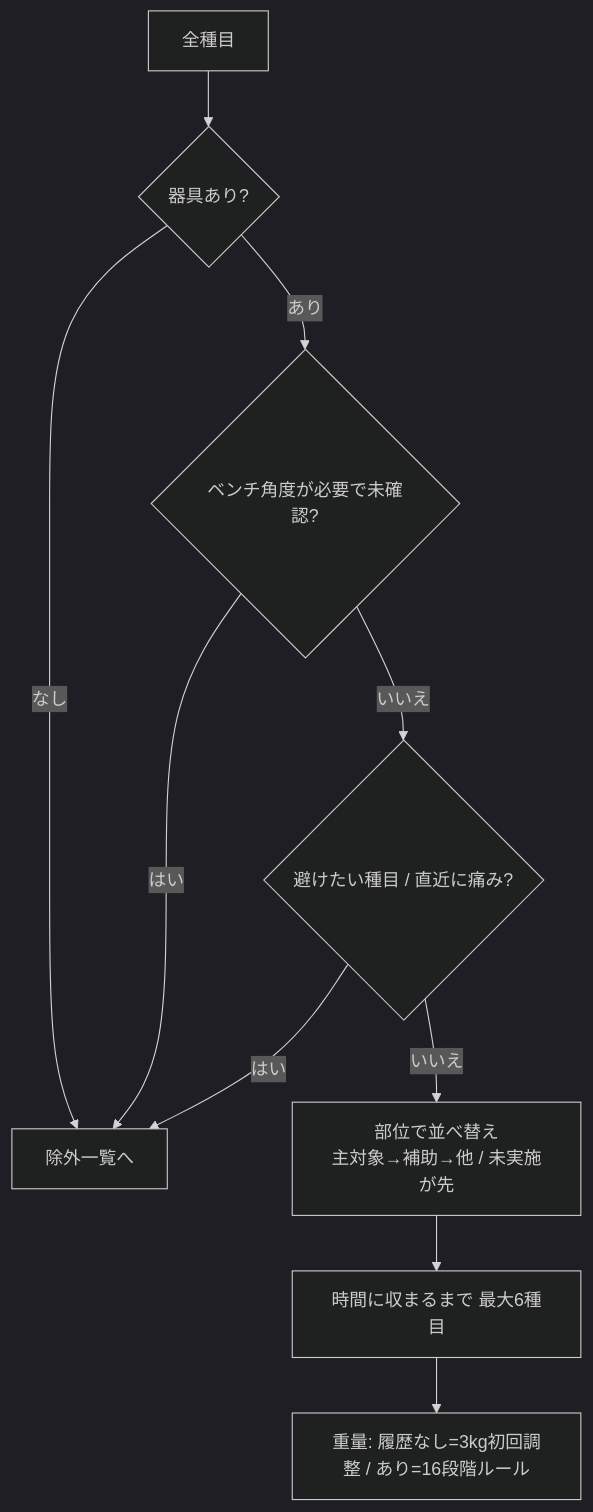
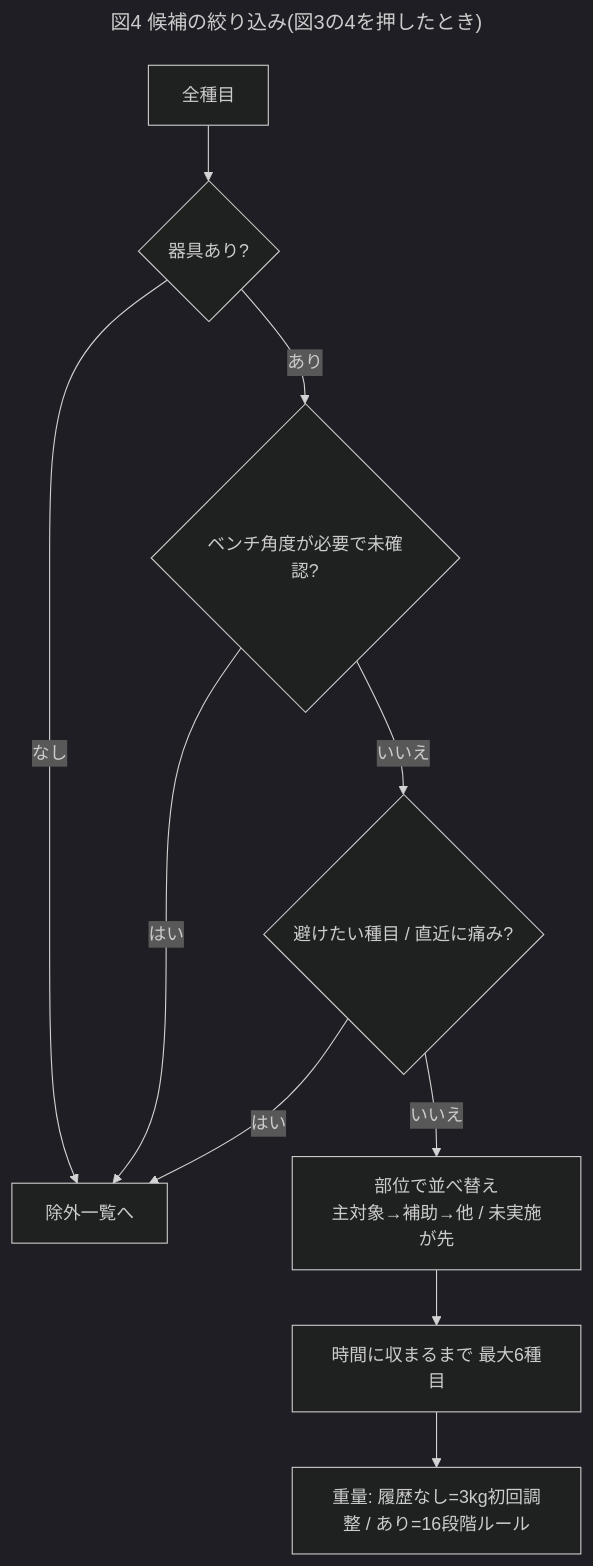
One commit to AibaTaro/Strength-app changed the third of 3 diagrams in docs/screen-spec.md. Above: the diagram before and after it, drawn with Mermaid (dark theme). The commit also changed other lines of this file and 10 other files, not shown here.

Commit message:
画面仕様書を図表番号での参照に統一(内部ID廃止)、画像・図に図番号を表示、文字数基準をドキュメント方針に追加

````diff
--- a/docs/screen-spec.md
+++ b/docs/screen-spec.md
@@ -44,12 +52,15 @@
 ```mermaid
+---
+title: 図4 候補の絞り込み(図3の4を押したとき)
+---
 flowchart TD
   A[全種目] --> B{器具あり?}
   B -- なし --> X[除外一覧へ]
   B -- あり --> C{ベンチ角度が必要で未確認?}
   C -- はい --> X
   C -- いいえ --> D{避けたい種目 / 直近に痛み?}
   D -- はい --> X
   D -- いいえ --> E["部位で並べ替え<br/>主対象→補助→他 / 未実施が先"]
   E --> F[時間に収まるまで 最大6種目]
   F --> G["重量: 履歴なし=3kg初回調整 / あり=16段階ルール"]
 ```
````
